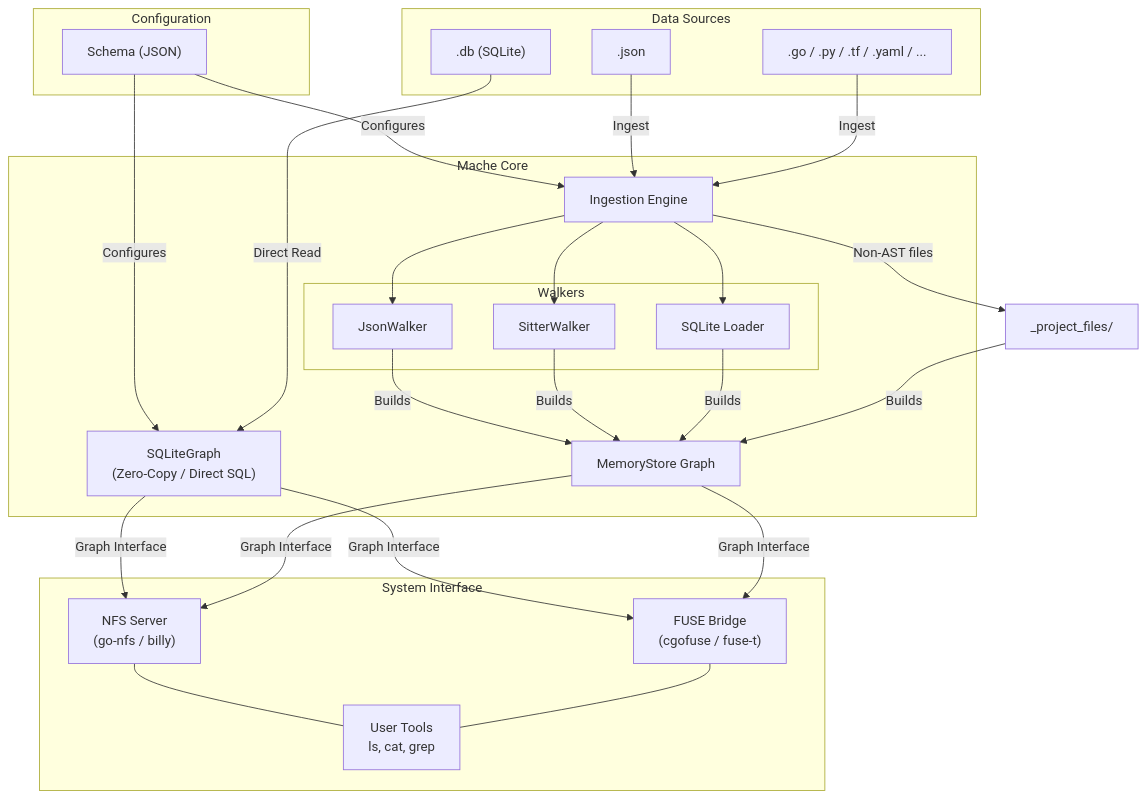
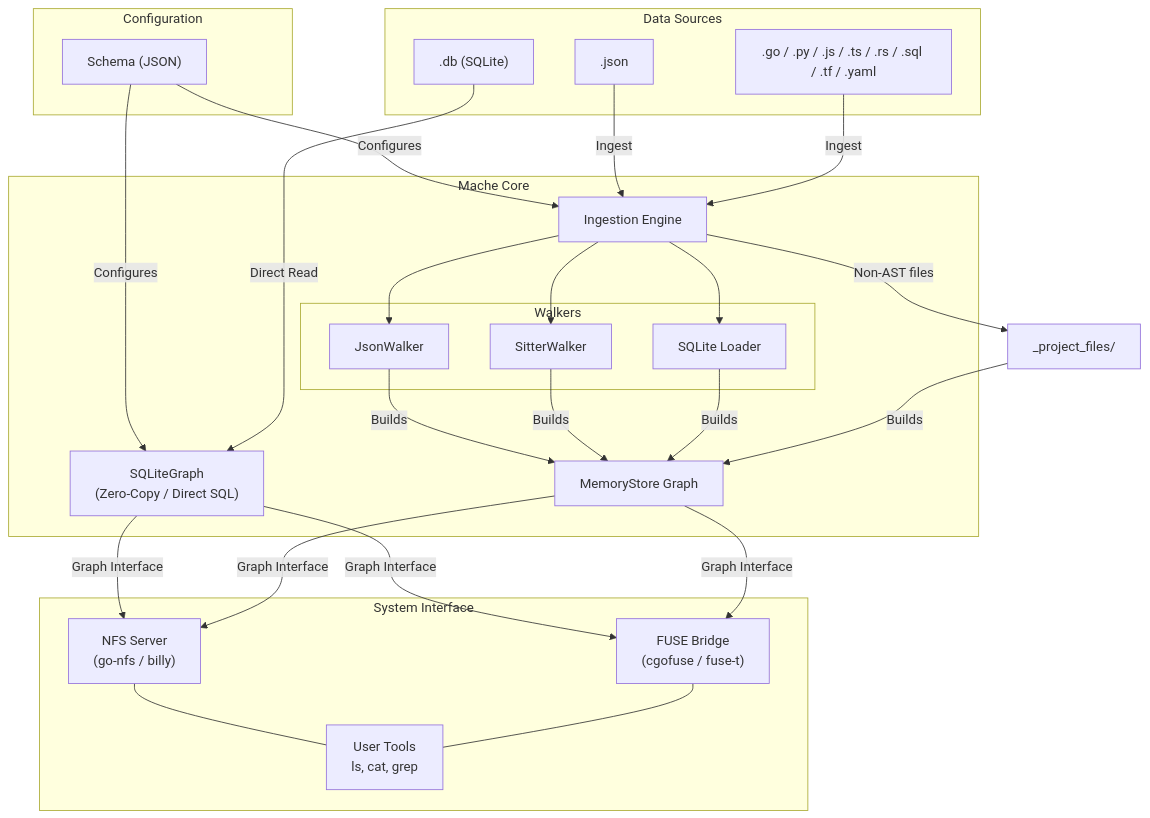
The diagram in docs/ARCHITECTURE.md (agentic-research/mache), drawn with Mermaid before and after one commit. The commit also changed other lines of this file and 13 other files, not shown here.

````diff
--- a/docs/ARCHITECTURE.md
+++ b/docs/ARCHITECTURE.md
@@ -5,56 +5,56 @@
 ```mermaid
 graph TD
     subgraph Configuration
         Schema["Schema (JSON)"]
     end
 
     subgraph "Data Sources"
         SQLiteFile[".db (SQLite)"]
         FlatFile[".json"]
-        SourceCode[".go / .py / .tf / .yaml / ..."]
+        SourceCode[".go / .py / .js / .ts / .rs / .sql / .tf / .yaml"]
     end
 
     subgraph "Mache Core"
         SQLiteGraph["SQLiteGraph<br/>(Zero-Copy / Direct SQL)"]
         Engine[Ingestion Engine]
 
         subgraph "Walkers"
             JW[JsonWalker]
             SW[SitterWalker]
             SL[SQLite Loader]
         end
 
         MemoryStore["MemoryStore Graph"]
     end
 
     subgraph "System Interface"
         NFS["NFS Server<br/>(go-nfs / billy)"]
         FUSE["FUSE Bridge<br/>(cgofuse / fuse-t)"]
         Tools["User Tools<br/>ls, cat, grep"]
     end
 
     Schema -->|Configures| SQLiteGraph
     Schema -->|Configures| Engine
 
     SQLiteFile -->|Direct Read| SQLiteGraph
     FlatFile -->|Ingest| Engine
     SourceCode -->|Ingest| Engine
 
     Engine --> JW
     Engine --> SW
     Engine --> SL
 
     JW -->|Builds| MemoryStore
     SW -->|Builds| MemoryStore
     SL -->|Builds| MemoryStore
     Engine -->|"Non-AST files"| ProjectFiles["_project_files/"]
     ProjectFiles -->|Builds| MemoryStore
 
     SQLiteGraph -->|Graph Interface| NFS
     MemoryStore -->|Graph Interface| NFS
     SQLiteGraph -->|Graph Interface| FUSE
     MemoryStore -->|Graph Interface| FUSE
 
     NFS --- Tools
     FUSE --- Tools
 ```
````
